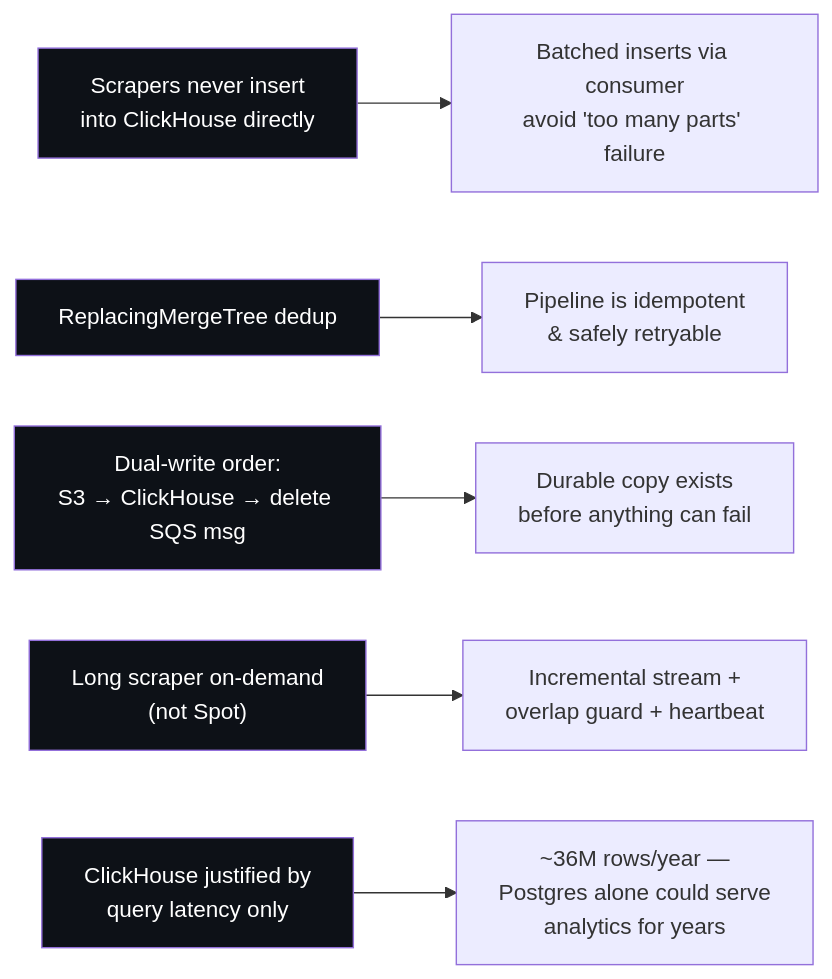
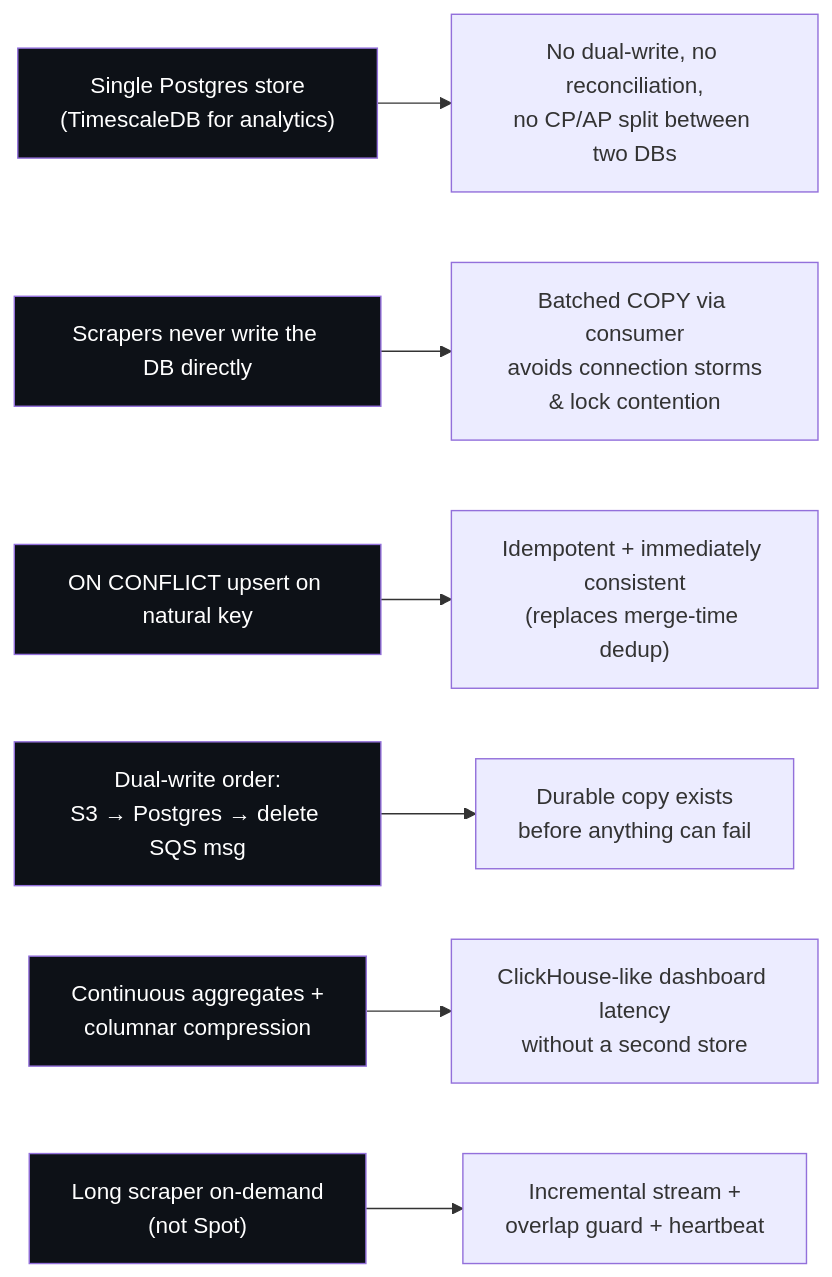
Before and after one commit to MagenticIn/MLS-Revamp: the second of 6 diagrams in architecture.md, drawn with Mermaid. The commit also changed other lines of this file, not shown here.

First line of the commit message:
Replace ClickHouse with TimescaleDB — single Postgres store

````diff
--- a/architecture.md
+++ b/architecture.md
@@ -101,14 +107,16 @@
 ```mermaid
 flowchart LR
-    A["Scrapers never insert<br/>into ClickHouse directly"] --> A1["Batched inserts via consumer<br/>avoid 'too many parts' failure"]
-    B["ReplacingMergeTree dedup"] --> B1["Pipeline is idempotent<br/>& safely retryable"]
-    C["Dual-write order:<br/>S3 → ClickHouse → delete SQS msg"] --> C1["Durable copy exists<br/>before anything can fail"]
-    D["Long scraper on-demand<br/>(not Spot)"] --> D1["Incremental stream +<br/>overlap guard + heartbeat"]
-    E["ClickHouse justified by<br/>query latency only"] --> E1["~36M rows/year —<br/>Postgres alone could serve<br/>analytics for years"]
+    A["Single Postgres store<br/>(TimescaleDB for analytics)"] --> A1["No dual-write, no reconciliation,<br/>no CP/AP split between two DBs"]
+    B["Scrapers never write the DB directly"] --> B1["Batched COPY via consumer<br/>avoids connection storms<br/>& lock contention"]
+    C["ON CONFLICT upsert on natural key"] --> C1["Idempotent + immediately consistent<br/>(replaces merge-time dedup)"]
+    D["Dual-write order:<br/>S3 → Postgres → delete SQS msg"] --> D1["Durable copy exists<br/>before anything can fail"]
+    E["Continuous aggregates +<br/>columnar compression"] --> E1["ClickHouse-like dashboard latency<br/>without a second store"]
+    F["Long scraper on-demand<br/>(not Spot)"] --> F1["Incremental stream +<br/>overlap guard + heartbeat"]
 
     style A fill:#0d1117,color:#fff
     style B fill:#0d1117,color:#fff
     style C fill:#0d1117,color:#fff
     style D fill:#0d1117,color:#fff
     style E fill:#0d1117,color:#fff
+    style F fill:#0d1117,color:#fff
 ```
````
